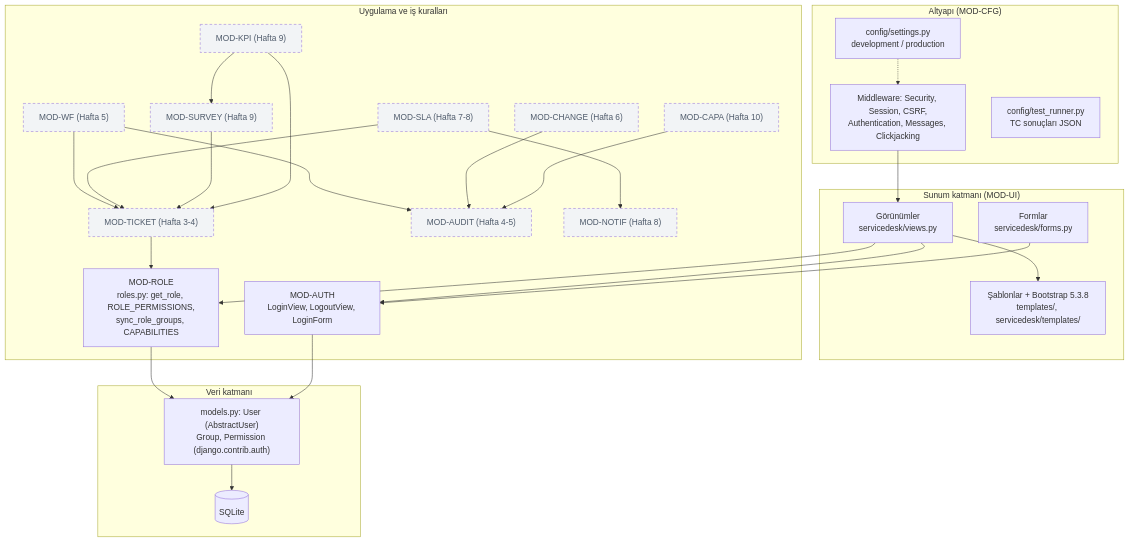
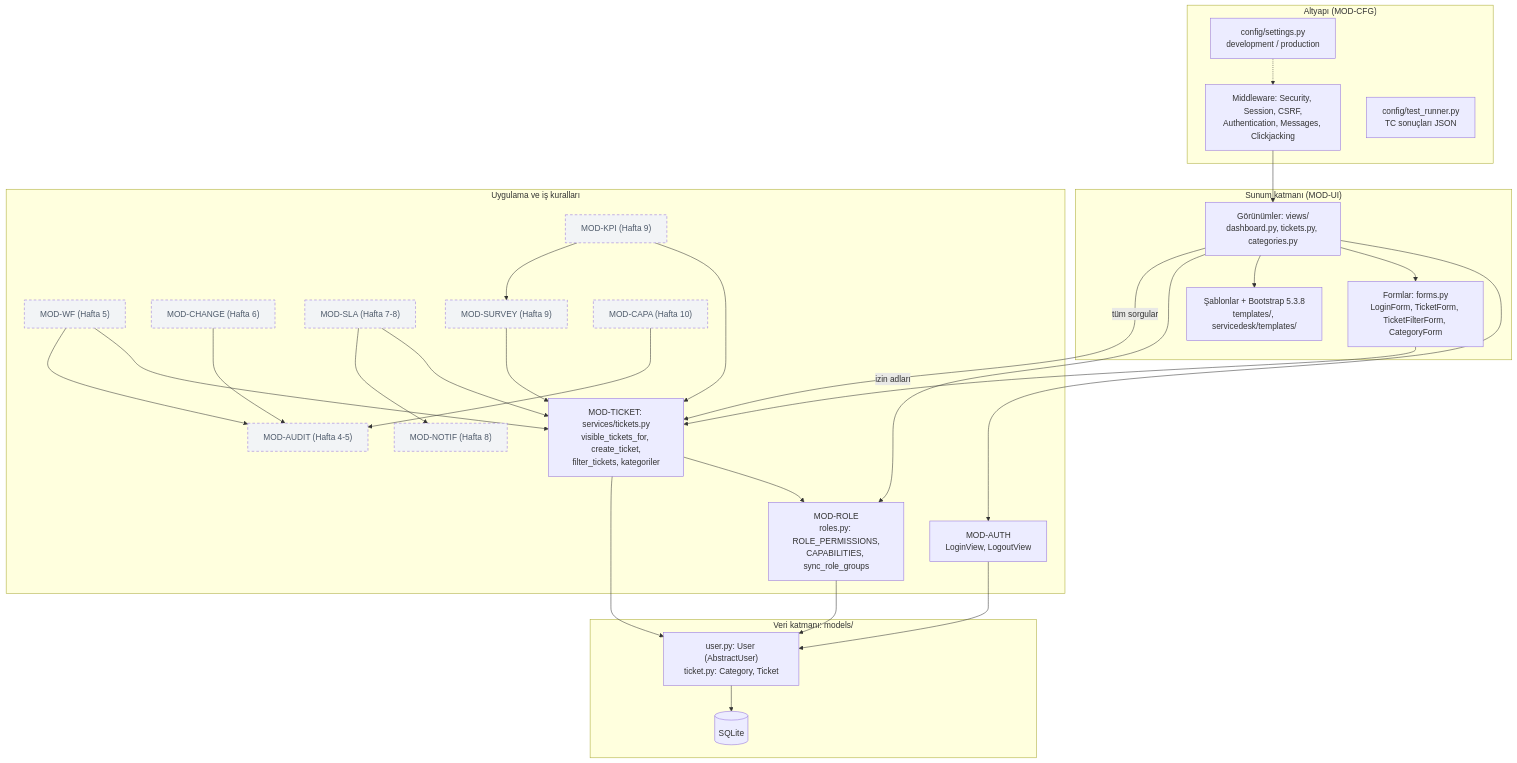
The diagram in docs/diagrams/components.mmd (wordeus/sds07-servis-masasi), drawn with Mermaid before and after one commit. The commit also changed 111 other files, not shown here.

Commit message:
feat: Hafta 3 - talepler, kayıt bazlı erişim, kategoriler ve katmanlı yapı

```diff
--- a/docs/diagrams/components.mmd
+++ b/docs/diagrams/components.mmd
@@ -1,51 +1,54 @@
 flowchart TB
   subgraph UI["Sunum katmanı (MOD-UI)"]
     TPL["Şablonlar + Bootstrap 5.3.8<br/>templates/, servicedesk/templates/"]
-    VIEWS["Görünümler<br/>servicedesk/views.py"]
-    FORMS["Formlar<br/>servicedesk/forms.py"]
+    VIEWS["Görünümler: views/<br/>dashboard.py, tickets.py, categories.py"]
+    FORMS["Formlar: forms.py<br/>LoginForm, TicketForm, TicketFilterForm, CategoryForm"]
   end
   subgraph APP["Uygulama ve iş kuralları"]
-    AUTH["MOD-AUTH<br/>LoginView, LogoutView, LoginForm"]
-    ROLE["MOD-ROLE<br/>roles.py: get_role, ROLE_PERMISSIONS,<br/>sync_role_groups, CAPABILITIES"]
-    TICKET["MOD-TICKET (Hafta 3-4)"]
+    AUTH["MOD-AUTH<br/>LoginView, LogoutView"]
+    ROLE["MOD-ROLE<br/>roles.py: ROLE_PERMISSIONS,<br/>CAPABILITIES, sync_role_groups"]
+    TICKET["MOD-TICKET: services/tickets.py<br/>visible_tickets_for, create_ticket,<br/>filter_tickets, kategoriler"]
     WF["MOD-WF (Hafta 5)"]
     AUDIT["MOD-AUDIT (Hafta 4-5)"]
     CHANGE["MOD-CHANGE (Hafta 6)"]
     SLA["MOD-SLA (Hafta 7-8)"]
     NOTIF["MOD-NOTIF (Hafta 8)"]
     SURVEY["MOD-SURVEY (Hafta 9)"]
     KPI["MOD-KPI (Hafta 9)"]
     CAPA["MOD-CAPA (Hafta 10)"]
   end
-  subgraph DATA["Veri katmanı"]
-    MODELS["models.py: User (AbstractUser)<br/>Group, Permission (django.contrib.auth)"]
+  subgraph DATA["Veri katmanı: models/"]
+    MODELS["user.py: User (AbstractUser)<br/>ticket.py: Category, Ticket"]
     DB[("SQLite")]
   end
   subgraph CFG["Altyapı (MOD-CFG)"]
     SET["config/settings.py<br/>development / production"]
     MW["Middleware: Security, Session, CSRF,<br/>Authentication, Messages, Clickjacking"]
     RUN["config/test_runner.py<br/>TC sonuçları JSON"]
   end
 
   MW --> VIEWS
   VIEWS --> AUTH
-  VIEWS --> ROLE
+  VIEWS --> FORMS
   VIEWS --> TPL
-  FORMS --> AUTH
+  VIEWS -- "izin adları" --> ROLE
+  VIEWS -- "tüm sorgular" --> TICKET
+  FORMS --> TICKET
+  TICKET --> ROLE
+  TICKET --> MODELS
   ROLE --> MODELS
   AUTH --> MODELS
   MODELS --> DB
   SET -.-> MW
-  TICKET --> ROLE
   WF --> TICKET
   WF --> AUDIT
   CHANGE --> AUDIT
   SLA --> TICKET
   SLA --> NOTIF
   SURVEY --> TICKET
   KPI --> TICKET
   KPI --> SURVEY
   CAPA --> AUDIT
 
   classDef planned stroke-dasharray: 5 4,color:#4f5b6b,fill:#f2f4f6;
-  class TICKET,WF,AUDIT,CHANGE,SLA,NOTIF,SURVEY,KPI,CAPA planned;
+  class WF,AUDIT,CHANGE,SLA,NOTIF,SURVEY,KPI,CAPA planned;
```
